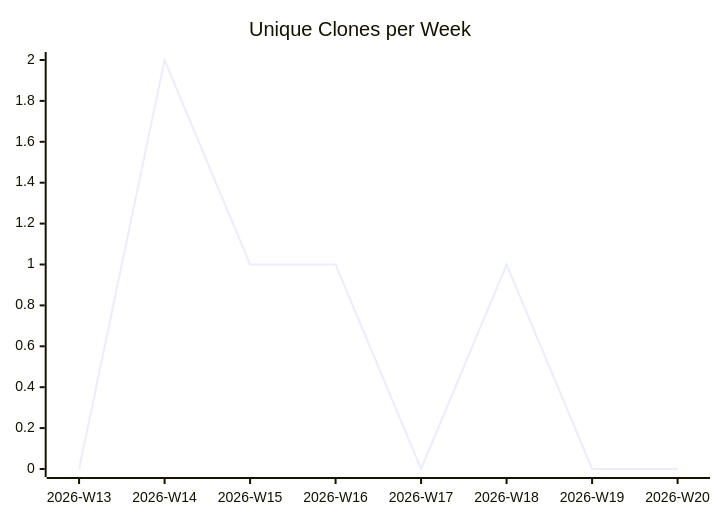
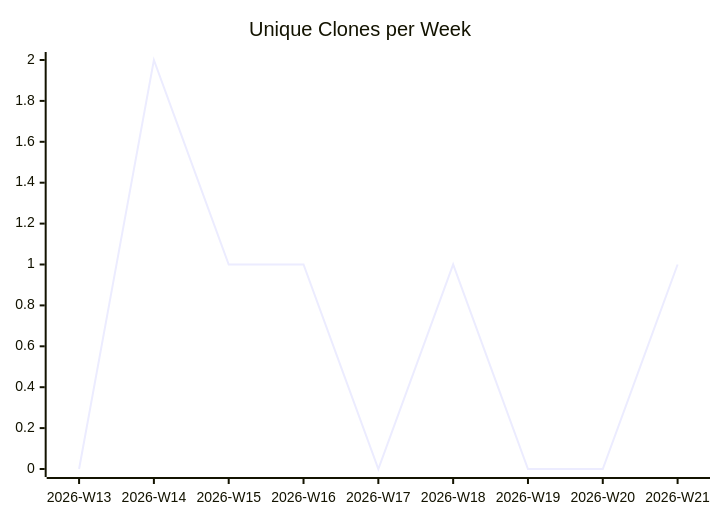
One commit to justdavis-family/github-analytics-data changed the third of 3 diagrams in karlmdavis/todoist-ai/README.md. Above: the diagram before and after it, drawn with Mermaid. The commit also changed other lines of this file and 187 other files, not shown here.

````diff
--- a/karlmdavis/todoist-ai/README.md
+++ b/karlmdavis/todoist-ai/README.md
@@ -19,6 +19,6 @@
 ```mermaid
 xychart-beta
   title "Unique Clones per Week"
-  x-axis ["2026-W13", "2026-W14", "2026-W15", "2026-W16", "2026-W17", "2026-W18", "2026-W19", "2026-W20"]
-  line [0, 2, 1, 1, 0, 1, 0, 0]
+  x-axis ["2026-W13", "2026-W14", "2026-W15", "2026-W16", "2026-W17", "2026-W18", "2026-W19", "2026-W20", "2026-W21"]
+  line [0, 2, 1, 1, 0, 1, 0, 0, 1]
 ```
````
